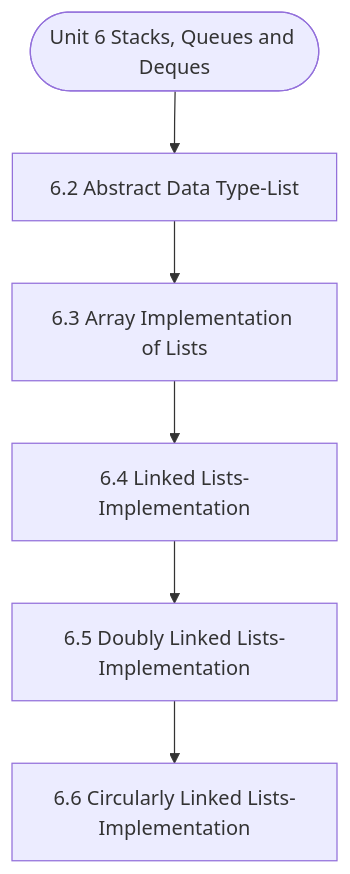
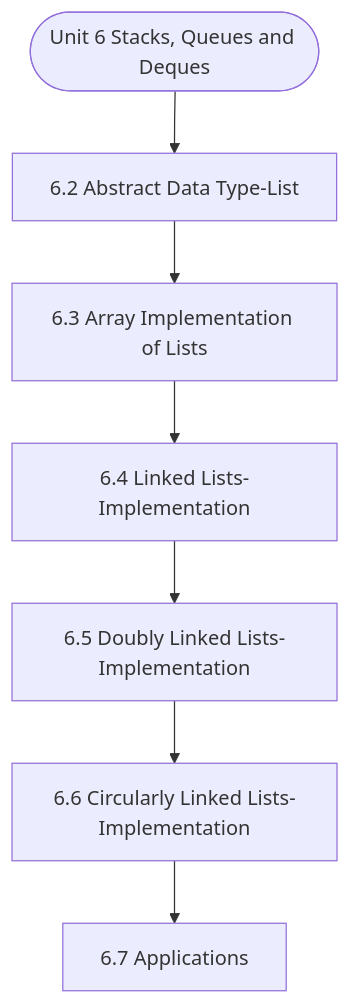
Before and after one commit to Asutosh-Coaching/mscdsa: the diagram in notes/Semester_1/MCS-063_Data_Structures_using_Python/unit_06_Stacks,_Queues_and_Deques.md, drawn with Mermaid. The commit also changed other lines of this file and 116 other files, not shown here.

````diff
--- a/notes/Semester_1/MCS-063_Data_Structures_using_Python/unit_06_Stacks,_Queues_and_Deques.md
+++ b/notes/Semester_1/MCS-063_Data_Structures_using_Python/unit_06_Stacks,_Queues_and_Deques.md
@@ -19,14 +19,16 @@
 ```mermaid
 flowchart TD
   Start(["Unit 6 Stacks, Queues and Deques"])
   N1["6.2 Abstract Data Type-List"]
   N2["6.3 Array Implementation of Lists"]
   N3["6.4 Linked Lists-Implementation"]
   N4["6.5 Doubly Linked Lists-Implementation"]
   N5["6.6 Circularly Linked Lists-Implementation"]
+  N6["6.7 Applications"]
   Start --> N1
   N1 --> N2
   N2 --> N3
   N3 --> N4
   N4 --> N5
+  N5 --> N6
 ```
````
